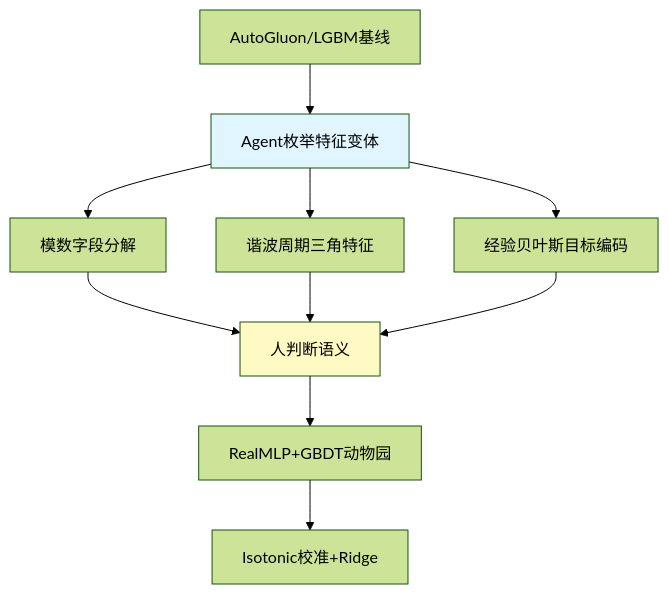
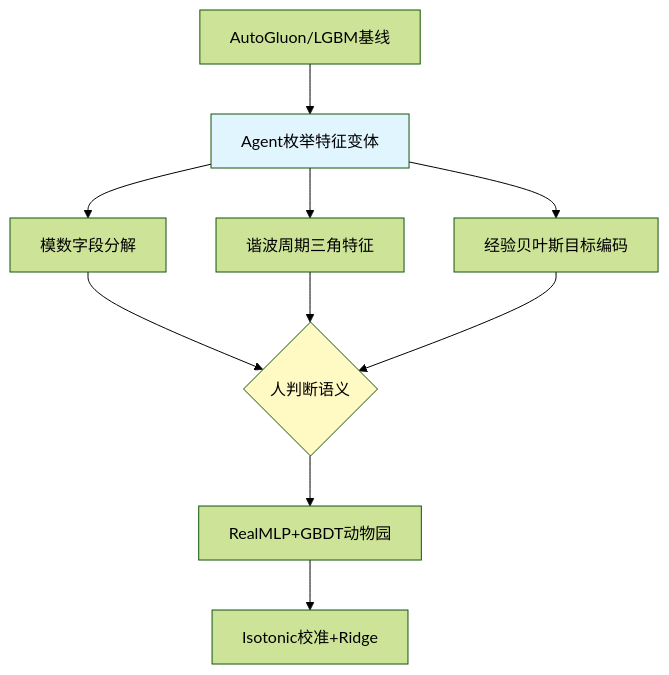
The diagram in docs/chapters/chapter06.md (wizardforcel/vibe-kaggle), drawn with Mermaid (forest theme) before and after one commit. The commit also changed other lines of this file, not shown here.

````diff
--- a/docs/chapters/chapter06.md
+++ b/docs/chapters/chapter06.md
@@ -13,14 +19,14 @@
 ```mermaid
 flowchart TD
     A[AutoGluon/LGBM基线] --> B[Agent枚举特征变体]
     B --> C[模数字段分解]
     B --> D[谐波周期三角特征]
     B --> E[经验贝叶斯目标编码]
-    C --> F[人判断语义]
+    C --> F{人判断语义}
     D --> F
     E --> F
     F --> G[RealMLP+GBDT动物园]
     G --> H[Isotonic校准+Ridge]
     style B fill:#e1f5fe
     style F fill:#fff9c4
 ```
````
